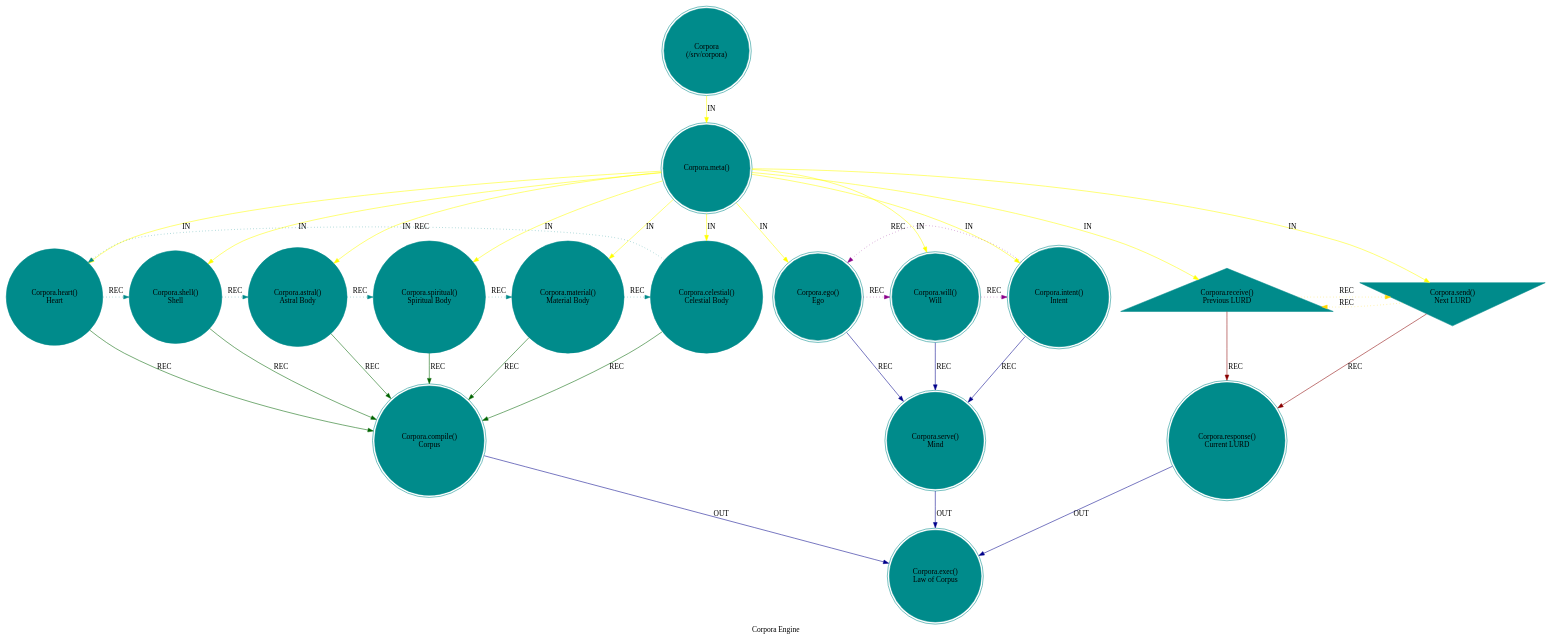
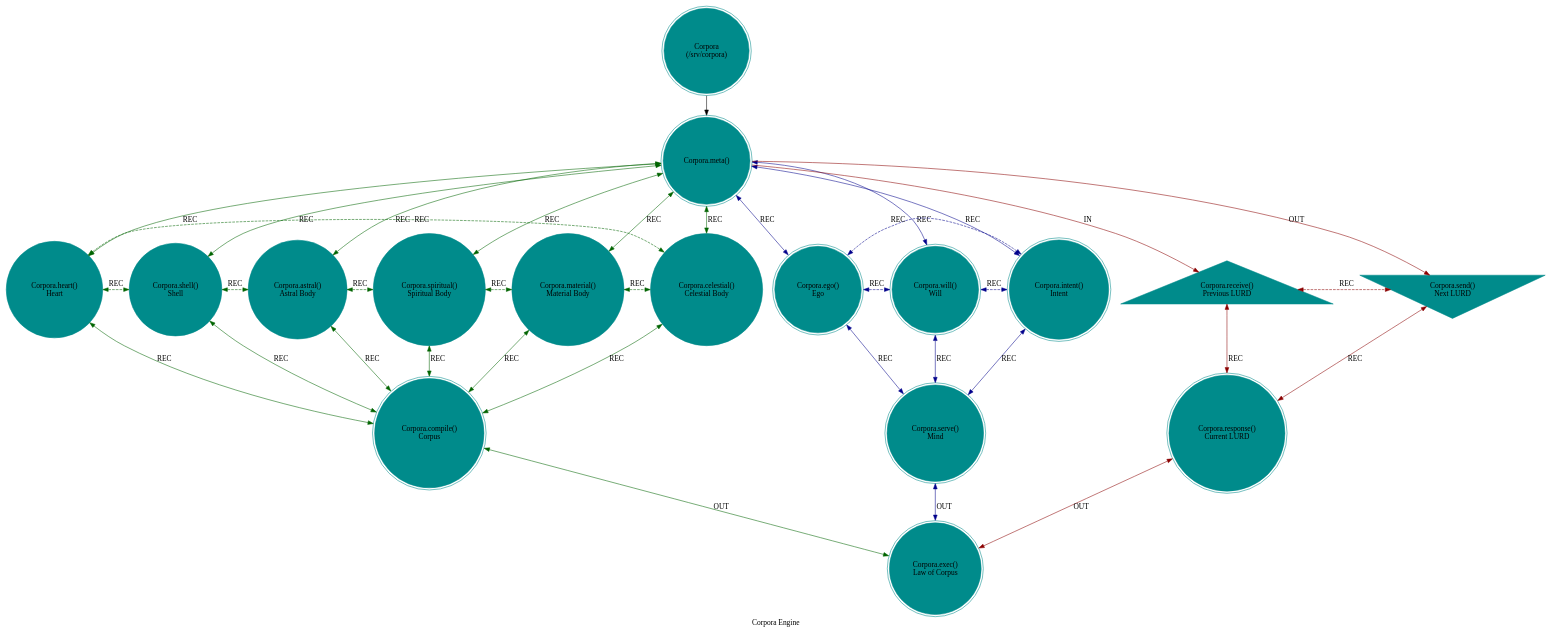
One commit to cilang/mythos changed the diagram in src/core/mythos_srv_corpora.dot. Above: the diagram before and after it, drawn with Graphviz. The commit also changed 20 other files, not shown here.

```diff
--- a/src/core/mythos_srv_corpora.dot
+++ b/src/core/mythos_srv_corpora.dot
@@ -1,42 +1,49 @@
 digraph CorporaEngine {
     label = "Corpora Engine";
     style = filled;
     color = red;
     comment = "";
     node [shape = circle; style = filled; color = darkcyan;];
     
     spark_d_mythos_t [label = "Corpora\n(/srv/corpora)";shape = doublecircle;];
     
     // r0::meta();r1,r2,r4,r8,r7,r5;r3,r6,r;ra::receive(),rb::send(),rc::dispatch(),rd::commit(),re::serve(),rf::exec()
-    spark_0_corpus_t [label = "Corpora.meta()";shape = doublecircle;comment = "";];
-    spark_1_corpus_t [label = "Corpora.heart()\nHeart";shape = circle;comment = "";];
-    spark_2_corpus_t [label = "Corpora.shell()\nShell";shape = circle;comment = "";];
-    spark_4_corpus_t [label = "Corpora.astral()\nAstral Body";shape = circle;comment = "";];
-    spark_8_corpus_t [label = "Corpora.spiritual()\nSpiritual Body";shape = circle;comment = "";];
-    spark_7_corpus_t [label = "Corpora.material()\nMaterial Body";shape = circle;comment = "";];
-    spark_5_corpus_t [label = "Corpora.celestial()\nCelestial Body";shape = circle;comment = "";];
-    spark_3_corpus_t [label = "Corpora.ego()\nEgo";shape = doublecircle;comment = "";];
-    spark_6_corpus_t [label = "Corpora.will()\nWill";shape = doublecircle;comment = "";];
-    spark_9_corpus_t [label = "Corpora.intent()\nIntent";shape = doublecircle;comment = "";];
-    spark_a_corpus_t [label = "Corpora.receive()\nPrevious LURD";shape = triangle;comment = "";];
-    spark_b_corpus_t [label = "Corpora.send()\nNext LURD";shape = invtriangle;comment = "";];
-    spark_c_corpus_t [label = "Corpora.response()\nCurrent LURD";shape = doublecircle;comment = "";];
-    spark_d_corpus_t [label = "Corpora.compile()\nCorpus";shape = doublecircle;comment = "";];
-    spark_e_corpus_t [label = "Corpora.serve()\nMind";shape = doublecircle;comment = "`/srv/corpora`";];
-    spark_f_corpus_t [label = "Corpora.exec()\nLaw of Corpus";shape = doublecircle;comment = "";];
+    spark_0_corpora_t [label = "Corpora.meta()";shape = doublecircle;comment = "";];
+    spark_1_corpora_t [label = "Corpora.heart()\nHeart";shape = circle;comment = "";];
+    spark_2_corpora_t [label = "Corpora.shell()\nShell";shape = circle;comment = "";];
+    spark_4_corpora_t [label = "Corpora.astral()\nAstral Body";shape = circle;comment = "";];
+    spark_8_corpora_t [label = "Corpora.spiritual()\nSpiritual Body";shape = circle;comment = "";];
+    spark_7_corpora_t [label = "Corpora.material()\nMaterial Body";shape = circle;comment = "";];
+    spark_5_corpora_t [label = "Corpora.celestial()\nCelestial Body";shape = circle;comment = "";];
+    spark_3_corpora_t [label = "Corpora.ego()\nEgo";shape = doublecircle;comment = "";];
+    spark_6_corpora_t [label = "Corpora.will()\nWill";shape = doublecircle;comment = "";];
+    spark_9_corpora_t [label = "Corpora.intent()\nIntent";shape = doublecircle;comment = "";];
+    spark_a_corpora_t [label = "Corpora.receive()\nPrevious LURD";shape = triangle;comment = "";];
+    spark_b_corpora_t [label = "Corpora.send()\nNext LURD";shape = invtriangle;comment = "";];
+    spark_c_corpora_t [label = "Corpora.response()\nCurrent LURD";shape = doublecircle;comment = "";];
+    spark_d_corpora_t [label = "Corpora.compile()\nCorpus";shape = doublecircle;comment = "";];
+    spark_e_corpora_t [label = "Corpora.serve()\nMind";shape = doublecircle;comment = "`/srv/corpora`";];
+    spark_f_corpora_t [label = "Corpora.exec()\nLaw of Corpus";shape = doublecircle;comment = "";];
     
     // IN = Input
     // OUT = Output
     // REC = Recursion
-    spark_d_mythos_t -> spark_0_corpus_t -> {spark_a_corpus_t spark_b_corpus_t spark_1_corpus_t spark_2_corpus_t spark_3_corpus_t spark_4_corpus_t spark_5_corpus_t spark_6_corpus_t spark_7_corpus_t spark_8_corpus_t spark_9_corpus_t} [label = "IN"; color = yellow; comment = "";];
+    spark_d_mythos_t -> spark_0_corpora_t;
     
-    {spark_a_corpus_t spark_b_corpus_t} -> spark_c_corpus_t [label = "REC"; color = darkred; comment = "";];
-    {spark_1_corpus_t spark_2_corpus_t spark_4_corpus_t spark_8_corpus_t spark_7_corpus_t spark_5_corpus_t} -> spark_d_corpus_t [label = "REC"; color = darkgreen; comment = "";];
-    {spark_3_corpus_t spark_6_corpus_t spark_9_corpus_t} -> spark_e_corpus_t [label = "REC"; color = darkblue; comment = "";];
+    spark_0_corpora_t -> spark_a_corpora_t [label = "IN"; color = darkred; comment = "";];
+    spark_0_corpora_t -> spark_b_corpora_t [label = "OUT"; color = darkred; comment = "";];
+    spark_0_corpora_t -> {spark_3_corpora_t spark_6_corpora_t spark_9_corpora_t} [label = "REC"; color = darkblue; comment = ""; dir = both;];
+    spark_0_corpora_t -> {spark_1_corpora_t spark_2_corpora_t spark_4_corpora_t spark_8_corpora_t spark_7_corpora_t spark_5_corpora_t} [label = "REC"; color = darkgreen; comment = ""; dir = both;];
     
-    spark_1_corpus_t -> spark_2_corpus_t -> spark_4_corpus_t -> spark_8_corpus_t -> spark_7_corpus_t -> spark_5_corpus_t -> spark_1_corpus_t [label = "REC"; color = darkcyan; comment = ""; style = dotted; constraint = false;];
-    spark_3_corpus_t -> spark_6_corpus_t -> spark_9_corpus_t -> spark_3_corpus_t [label = "REC"; color = darkmagenta; comment = ""; style = dotted; constraint = false;];
-    spark_a_corpus_t -> spark_b_corpus_t -> spark_a_corpus_t [label = "REC"; color = gold; comment = ""; style = dotted; constraint = false;];
+    {spark_a_corpora_t spark_b_corpora_t} -> spark_c_corpora_t [label = "REC"; color = darkred; comment = ""; dir = both;];
+    {spark_1_corpora_t spark_2_corpora_t spark_4_corpora_t spark_8_corpora_t spark_7_corpora_t spark_5_corpora_t} -> spark_d_corpora_t [label = "REC"; color = darkgreen; comment = ""; dir = both;];
+    {spark_3_corpora_t spark_6_corpora_t spark_9_corpora_t} -> spark_e_corpora_t [label = "REC"; color = darkblue; comment = ""; dir = both;];
     
-    {spark_c_corpus_t spark_d_corpus_t spark_e_corpus_t} -> spark_f_corpus_t [label = "OUT"; color = darkblue; comment = "";];
+    spark_1_corpora_t -> spark_2_corpora_t -> spark_4_corpora_t -> spark_8_corpora_t -> spark_7_corpora_t -> spark_5_corpora_t -> spark_1_corpora_t [label = "REC"; color = darkgreen; comment = ""; style = dashed; constraint = false; dir = both;];
+    spark_3_corpora_t -> spark_6_corpora_t -> spark_9_corpora_t -> spark_3_corpora_t [label = "REC"; color = darkblue; comment = ""; style = dashed; constraint = false; dir = both;];
+    spark_a_corpora_t -> spark_b_corpora_t [label = "REC"; color = darkred; comment = ""; constraint = false; style = dashed; dir = both;];
+    
+    spark_c_corpora_t -> spark_f_corpora_t [label = "OUT"; color = darkred; comment = ""; dir = both;];
+    spark_d_corpora_t -> spark_f_corpora_t [label = "OUT"; color = darkgreen; comment = ""; dir = both;];
+    spark_e_corpora_t -> spark_f_corpora_t [label = "OUT"; color = darkblue; comment = ""; dir = both;];
 }
```
